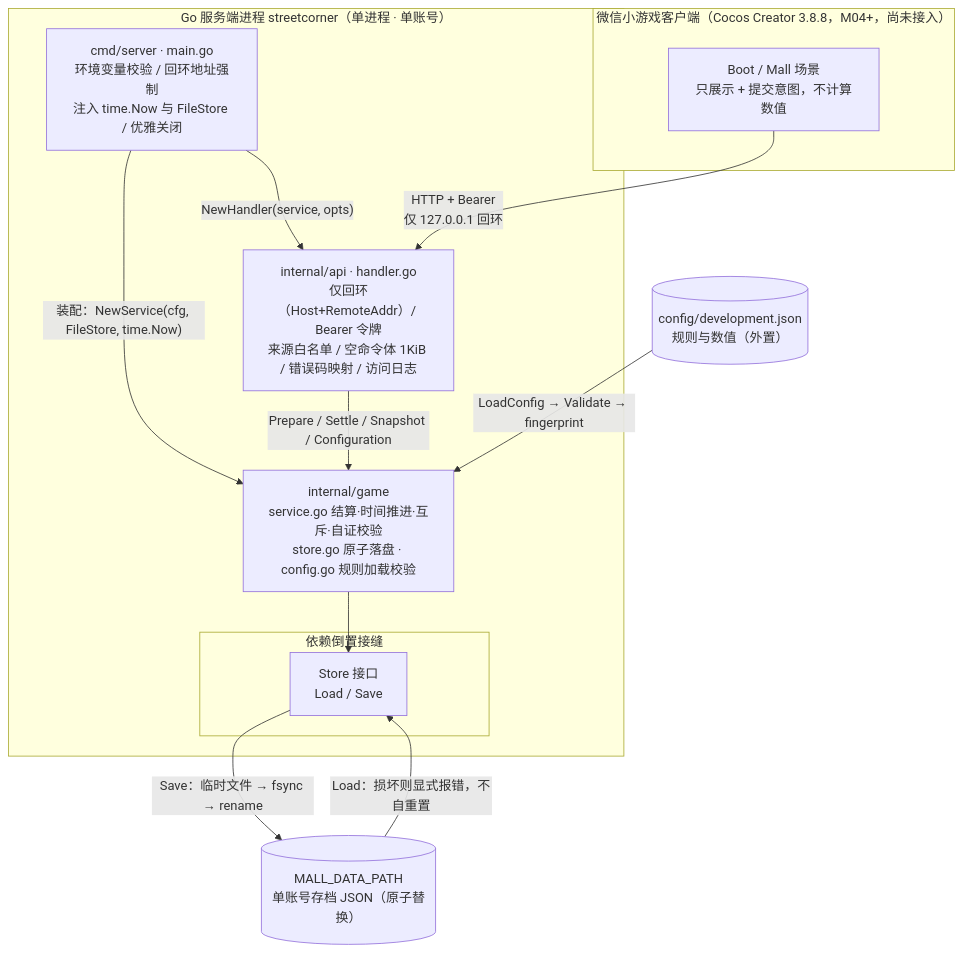
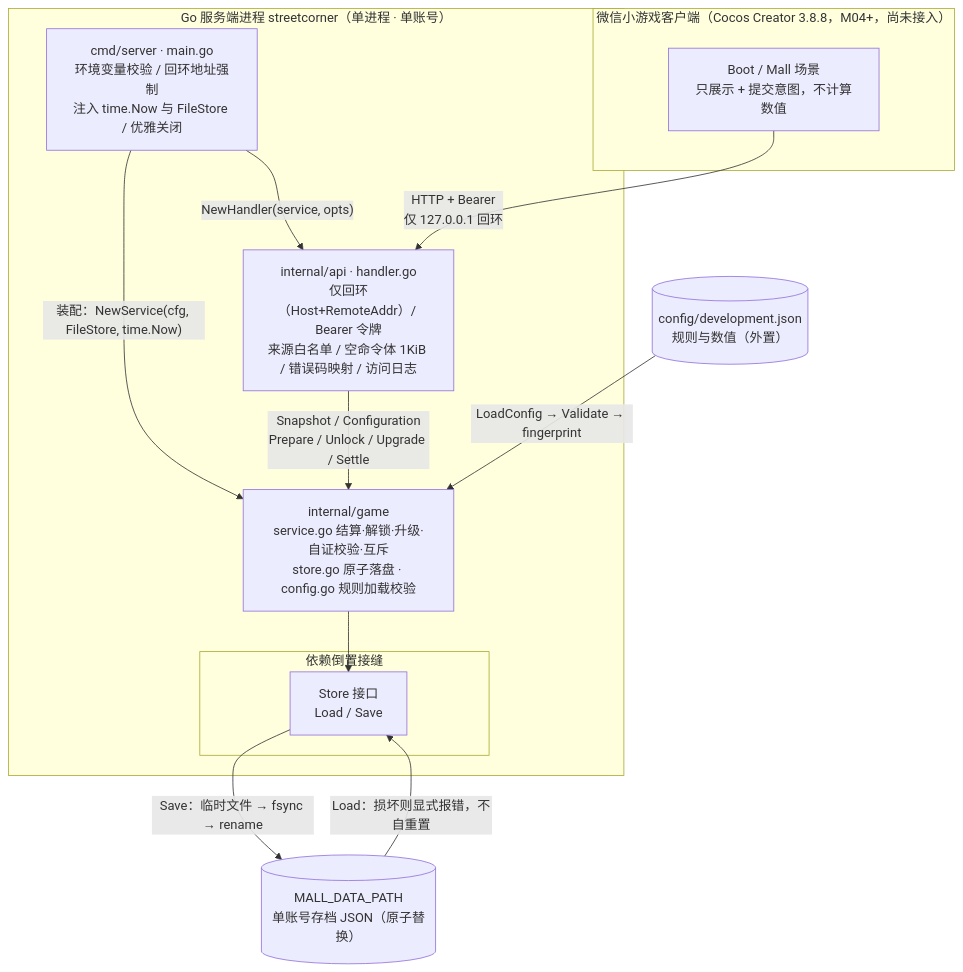
The diagram in docs/architecture/架构现状.md (TheChosenOne666/OperationShop), drawn with Mermaid before and after one commit. The commit also changed other lines of this file and 8 other files, not shown here.

````diff
--- a/docs/architecture/架构现状.md
+++ b/docs/architecture/架构现状.md
@@ -138,27 +200,27 @@
 ```mermaid
 flowchart TD
     subgraph Client["微信小游戏客户端（Cocos Creator 3.8.8，M04+，尚未接入）"]
         UI["Boot / Mall 场景<br/>只展示 + 提交意图，不计算数值"]
     end
 
     subgraph Server["Go 服务端进程 streetcorner（单进程 · 单账号）"]
         Main["cmd/server · main.go<br/>环境变量校验 / 回环地址强制<br/>注入 time.Now 与 FileStore / 优雅关闭"]
         API["internal/api · handler.go<br/>仅回环（Host+RemoteAddr）/ Bearer 令牌<br/>来源白名单 / 空命令体 1KiB / 错误码映射 / 访问日志"]
-        Game["internal/game<br/>service.go 结算·时间推进·互斥·自证校验<br/>store.go 原子落盘 · config.go 规则加载校验"]
+        Game["internal/game<br/>service.go 结算·解锁·升级·自证校验·互斥<br/>store.go 原子落盘 · config.go 规则加载校验"]
         subgraph Seam["依赖倒置接缝"]
             StoreI["Store 接口<br/>Load / Save"]
         end
     end
 
     Config[("config/development.json<br/>规则与数值（外置）")]
     SaveFile[("MALL_DATA_PATH<br/>单账号存档 JSON（原子替换）")]
 
     UI -->|"HTTP + Bearer<br/>仅 127.0.0.1 回环"| API
     Main -->|"装配：NewService(cfg, FileStore, time.Now)"| Game
     Main -->|"NewHandler(service, opts)"| API
     Config -->|"LoadConfig → Validate → fingerprint"| Game
-    API -->|"Prepare / Settle / Snapshot / Configuration"| Game
+    API -->|"Snapshot / Configuration<br/>Prepare / Unlock / Upgrade / Settle"| Game
     Game --> StoreI
     StoreI -->|"Save：临时文件 → fsync → rename"| SaveFile
     SaveFile -->|"Load：损坏则显式报错，不自重置"| StoreI
 ```
````
